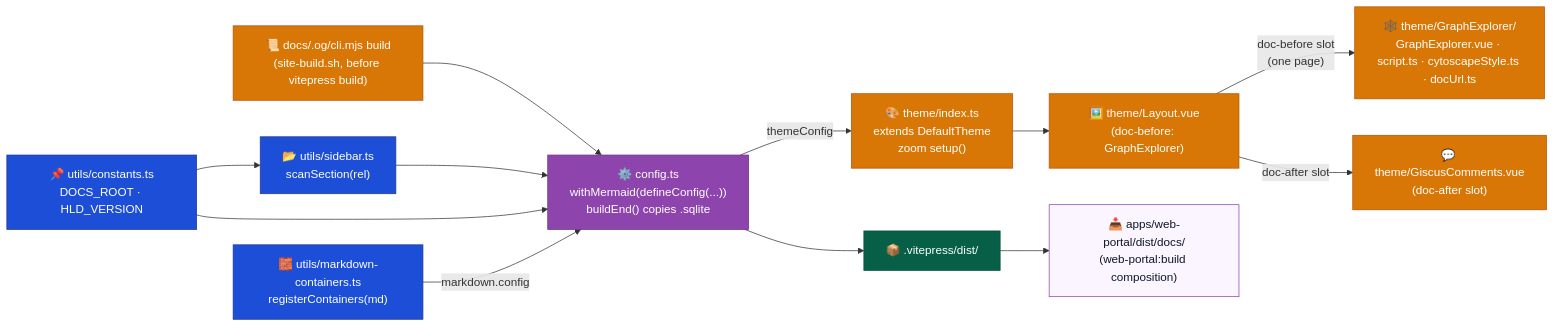
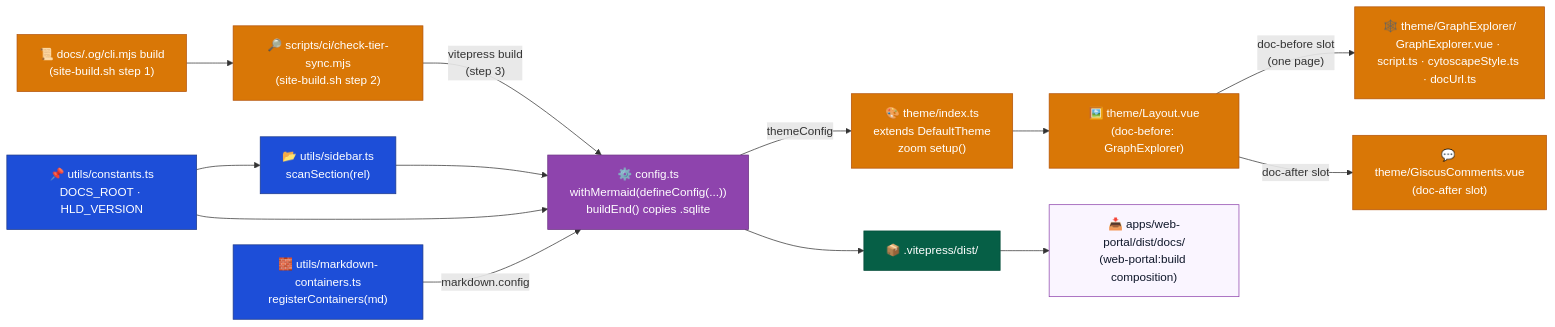
One commit to DataArt/artisyn-implementation-harness changed the diagram in docs/System Architecture (LLD)/Web Docs/00. Overview.md. Above: the diagram before and after it, drawn with Mermaid. The commit also changed other lines of this file and 372 other files, not shown here.

First line of the commit message:
feat(harness): okf-compatible knowledge base with og scope guard, schema v1, migrate and check (4.2.0) (#23)

````diff
--- a/docs/System Architecture (LLD)/Web Docs/00. Overview.md
+++ b/docs/System Architecture (LLD)/Web Docs/00. Overview.md
@@ -13,32 +17,34 @@
 ```mermaid
 flowchart LR
-    OG["📜 docs/.og/cli.mjs build\n(site-build.sh, before vitepress build)"]:::og
+    OG["📜 docs/.og/cli.mjs build\n(site-build.sh step 1)"]:::og
+    TS["🔎 scripts/ci/check-tier-sync.mjs\n(site-build.sh step 2)"]:::og
     CFG["⚙️ config.ts\nwithMermaid(defineConfig(...))\nbuildEnd() copies .sqlite"]:::cfg
     SIDE["📂 utils/sidebar.ts\nscanSection(rel)"]:::util
     CONST["📌 utils/constants.ts\nDOCS_ROOT · HLD_VERSION"]:::util
     MDC["🧱 utils/markdown-containers.ts\nregisterContainers(md)"]:::util
     IDX["🎨 theme/index.ts\nextends DefaultTheme\nzoom setup()"]:::theme
     LAY["🖼️ theme/Layout.vue\n(doc-before: GraphExplorer)"]:::theme
     GE["🕸️ theme/GraphExplorer/\nGraphExplorer.vue · script.ts · cytoscapeStyle.ts · docUrl.ts"]:::theme
     GC["💬 theme/GiscusComments.vue\n(doc-after slot)"]:::theme
     DIST["📦 .vitepress/dist/"]:::dist
     PORTAL["📥 apps/web-portal/dist/docs/\n(web-portal:build composition)"]:::portal
 
-    OG --> CFG
+    OG --> TS
+    TS -->|"vitepress build\n(step 3)"| CFG
     CONST --> SIDE
     SIDE --> CFG
     CONST --> CFG
     MDC -->|"markdown.config"| CFG
     CFG -->|"themeConfig"| IDX
     IDX --> LAY
     LAY -->|"doc-before slot\n(one page)"| GE
     LAY -->|"doc-after slot"| GC
     CFG --> DIST --> PORTAL
 
     classDef og    fill:#D97706,stroke:#B45309,color:#fff
     classDef cfg   fill:#8E44AD,stroke:#6C3483,color:#fff
     classDef util  fill:#1D4ED8,stroke:#1e3a8a,color:#fff
     classDef theme fill:#D97706,stroke:#B45309,color:#fff
     classDef dist  fill:#065F46,stroke:#064e3b,color:#fff
     classDef portal fill:#FAF5FF,stroke:#8E44AD,color:#0f172a
 ```
````
